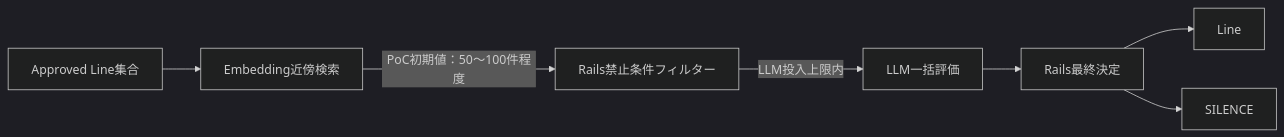
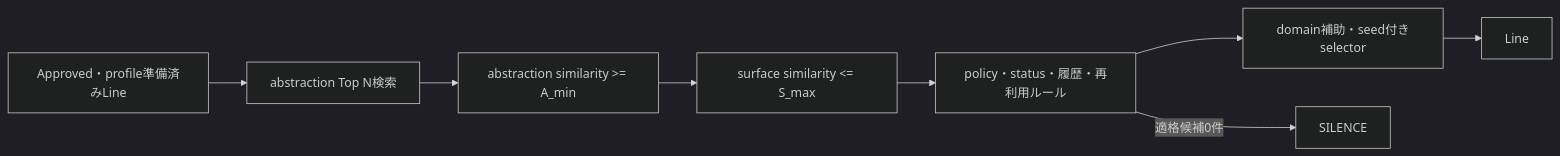
One commit to officeutq/obserbing changed the third of 4 diagrams in docs/AI基本設計.md. Above: the diagram before and after it, drawn with Mermaid (dark theme). The commit also changed other lines of this file and 5 other files, not shown here.

````diff
--- a/docs/AI基本設計.md
+++ b/docs/AI基本設計.md
@@ -323,9 +329,10 @@
 ```mermaid
 flowchart LR
-    All["Approved Line集合"] --> Vector["Embedding近傍検索"]
-    Vector -->|"PoC初期値：50〜100件程度"| Rules["Rails禁止条件フィルター"]
-    Rules -->|"LLM投入上限内"| Eval["LLM一括評価"]
-    Eval --> Final["Rails最終決定"]
-    Final --> Line["Line"]
-    Final --> Silence["SILENCE"]
+    All["Approved・profile準備済みLine"] --> Vector["abstraction Top N検索"]
+    Vector --> Lower["abstraction similarity >= A_min"]
+    Lower --> Upper["surface similarity <= S_max"]
+    Upper --> Rules["policy・status・履歴・再利用ルール"]
+    Rules --> Select["domain補助・seed付きselector"]
+    Select --> Line["Line"]
+    Rules -->|"適格候補0件"| Silence["SILENCE"]
 ```
````
